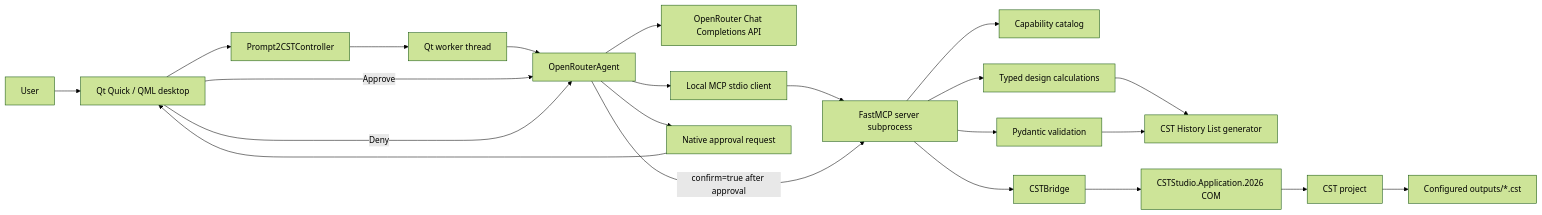
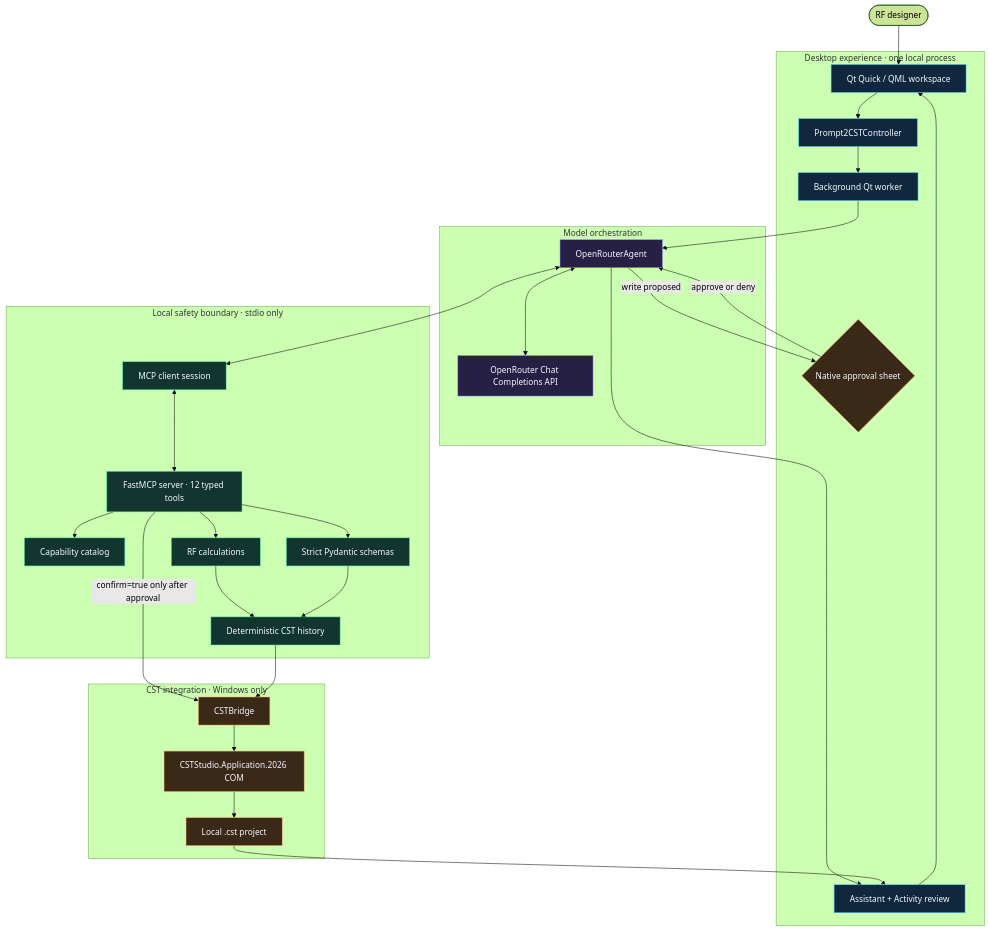
The second of 6 diagrams in README.md (Mithunjagan/Prompt2CST), drawn with Mermaid (forest theme) before and after one commit. The commit also changed other lines of this file and 3 other files, not shown here.

Commit message:
Polish README with visual flows and runtime states

````diff
--- a/README.md
+++ b/README.md
@@ -461,24 +547,59 @@
 ```mermaid
-flowchart LR
-    User["User"] --> QML["Qt Quick / QML desktop"]
-    QML --> Controller["Prompt2CSTController"]
-    Controller --> Worker["Qt worker thread"]
-    Worker --> Agent["OpenRouterAgent"]
-    Agent --> OR["OpenRouter Chat Completions API"]
-    Agent --> Client["Local MCP stdio client"]
-    Client --> Server["FastMCP server subprocess"]
-    Server --> Catalog["Capability catalog"]
-    Server --> Design["Typed design calculations"]
-    Server --> Schema["Pydantic validation"]
-    Design --> Macros["CST History List generator"]
+flowchart TB
+    User(["RF designer"])
+
+    subgraph Desktop["Desktop experience · one local process"]
+        QML["Qt Quick / QML workspace"]
+        Controller["Prompt2CSTController"]
+        Worker["Background Qt worker"]
+        Approval{"Native approval sheet"}
+        Review["Assistant + Activity review"]
+    end
+
+    subgraph Intelligence["Model orchestration"]
+        Agent["OpenRouterAgent"]
+        OR["OpenRouter Chat Completions API"]
+    end
+
+    subgraph LocalSafety["Local safety boundary · stdio only"]
+        Client["MCP client session"]
+        Server["FastMCP server · 12 typed tools"]
+        Catalog["Capability catalog"]
+        Design["RF calculations"]
+        Schema["Strict Pydantic schemas"]
+        Macros["Deterministic CST history"]
+    end
+
+    subgraph CSTSide["CST integration · Windows only"]
+        Bridge["CSTBridge"]
+        COM["CSTStudio.Application.2026 COM"]
+        Project["Local .cst project"]
+    end
+
+    User --> QML
+    QML --> Controller --> Worker --> Agent
+    Agent <--> OR
+    Agent <--> Client
+    Client <--> Server
+    Server --> Catalog
+    Server --> Design
+    Server --> Schema
+    Design --> Macros
     Schema --> Macros
-    Agent --> Approval["Native approval request"]
-    Approval --> QML
-    QML -->|"Approve"| Agent
-    QML -->|"Deny"| Agent
-    Agent -->|"confirm=true after approval"| Server
-    Server --> Bridge["CSTBridge"]
-    Bridge --> COM["CSTStudio.Application.2026 COM"]
-    COM --> CST["CST project"]
-    CST --> Output["Configured outputs/*.cst"]
+    Agent -->|"write proposed"| Approval
+    Approval -->|"approve or deny"| Agent
+    Agent --> Review --> QML
+    Server -->|"confirm=true only after approval"| Bridge
+    Macros --> Bridge
+    Bridge --> COM --> Project
+    Project --> Review
+
+    classDef ui fill:#10283d,stroke:#55d7ff,color:#f4f9ff;
+    classDef ai fill:#252044,stroke:#9e8cff,color:#f4f9ff;
+    classDef safe fill:#12352f,stroke:#55e6a5,color:#f4f9ff;
+    classDef write fill:#3b2918,stroke:#ffb86b,color:#f4f9ff;
+    class QML,Controller,Worker,Review ui;
+    class Agent,OR ai;
+    class Client,Server,Catalog,Design,Schema,Macros safe;
+    class Approval,Bridge,COM,Project write;
 ```
````
